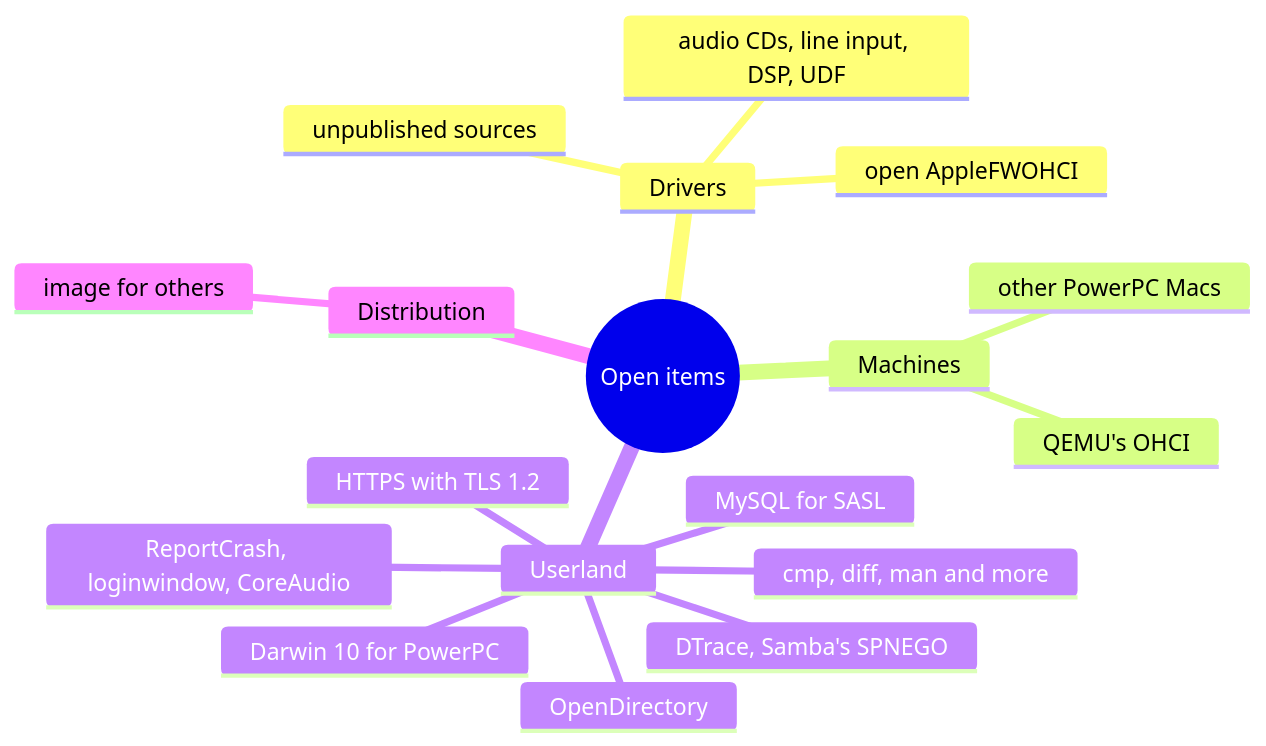
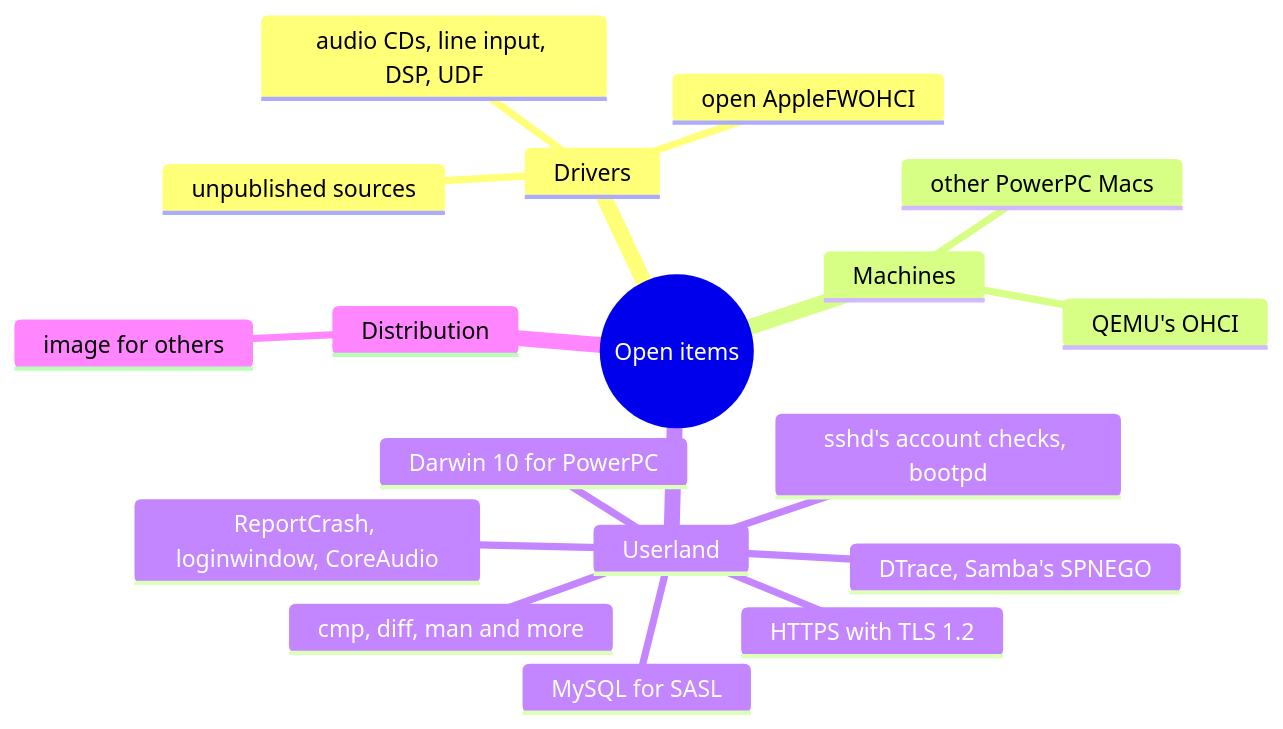
Before and after one commit to nyg/PowerDarwin: the diagram in docs/src/steps/whats-next.md, drawn with Mermaid. The commit also changed other lines of this file and 27 other files, not shown here.

Commit message:
feat: build OpenDirectory, and with it passwd, chpass and pam_securityserver

````diff
--- a/docs/src/steps/whats-next.md
+++ b/docs/src/steps/whats-next.md
@@ -89,21 +89,21 @@
 ```mermaid
 mindmap
   root((Open items))
     Drivers
       open AppleFWOHCI
       audio CDs, line input, DSP, UDF
       unpublished sources
     Machines
       other PowerPC Macs
       QEMU's OHCI
     Userland
-      OpenDirectory
+      sshd's account checks, bootpd
       ReportCrash, loginwindow, CoreAudio
       MySQL for SASL
       cmp, diff, man and more
       HTTPS with TLS 1.2
       DTrace, Samba's SPNEGO
       Darwin 10 for PowerPC
     Distribution
       image for others
 ```
````
